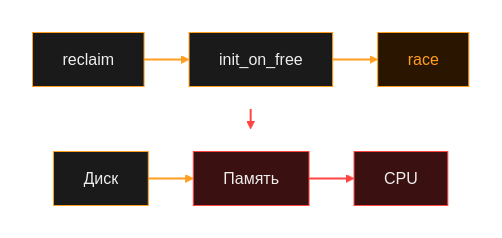
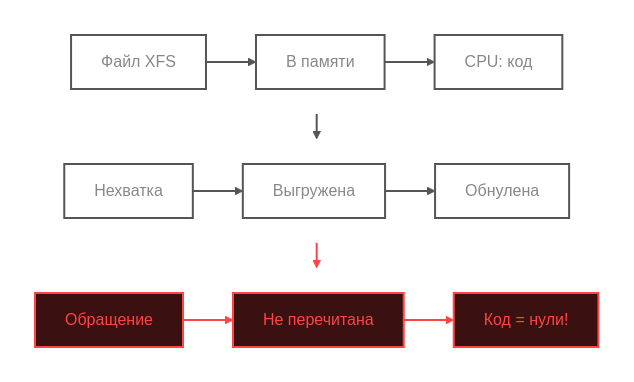
One commit to polarnik/postgresql-system-issue-story changed the diagram in docs/diagrams/mmap-4.mmd. Above: the diagram before and after it, drawn with Mermaid. The commit also changed 36 other files, not shown here.

```diff
--- a/docs/diagrams/mmap-4.mmd
+++ b/docs/diagrams/mmap-4.mmd
@@ -1,28 +1,49 @@
-%%{init: {'theme': 'base', 'themeVariables': { 'darkMode': true, 'background': '#000000', 'primaryColor': '#ff9e1f', 'primaryTextColor': '#fff', 'primaryBorderColor': '#cc7e19', 'secondaryColor': '#111111', 'secondaryTextColor': '#fff', 'tertiaryColor': '#111111', 'lineColor': '#ff9e1f', 'textColor': '#fff', 'mainBkg': '#111111', 'fontFamily': 'verdana'}, 'flowchart': { 'nodeSpacing': 25, 'rankSpacing': 20 }}}%%
+%%{init: {'theme': 'base', 'themeVariables': { 'darkMode': true, 'background': '#000000', 'primaryColor': '#ff9e1f', 'primaryTextColor': '#fff', 'primaryBorderColor': '#cc7e19', 'secondaryColor': '#111111', 'secondaryTextColor': '#fff', 'tertiaryColor': '#111111', 'lineColor': '#ff9e1f', 'textColor': '#fff', 'mainBkg': '#111111', 'fontFamily': 'verdana'}, 'flowchart': { 'nodeSpacing': 30, 'rankSpacing': 25 }}}%%
 
 flowchart TB
-    classDef done fill:#1a1a1a,stroke:#ff9e1f,color:#eee
-    classDef active fill:#2a1500,stroke:#ff9e1f,color:#ff9e1f
-    classDef pending fill:#111111,stroke:#444,color:#666
-    classDef error fill:#3a1010,stroke:#ff4444,color:#eee
+    classDef done fill:transparent,stroke:#555,color:#888,stroke-width:2px
+    classDef active fill:#2a1500,stroke:#ff9e1f,color:#ff9e1f,stroke-width:2px
+    classDef pending fill:#111,stroke:#333,color:#444,stroke-width:2px
+    classDef error fill:#3a1010,stroke:#ff4444,color:#ff4444,stroke-width:2px
+    classDef success fill:#103a10,stroke:#44ff88,color:#44ff88,stroke-width:2px
 
     subgraph S1 [" "]
         direction LR
-        D["Диск"]:::done --> M["Память"]:::error --> CPU["CPU"]:::error
+        A["Файл XFS"] --> B["В памяти"] --> C["CPU: код"]
     end
 
     subgraph S2 [" "]
         direction LR
-        R["reclaim"]:::done --> I["init_on_free"]:::done --> BUG["race"]:::active
+        D["Нехватка"] --> E["Выгружена"] --> F["Обнулена"]
     end
 
-    S2 --> M
+    subgraph S3 [" "]
+        direction LR
+        G["Обращение"] --> H["Не перечитана"] --> I["Код = нули!"]
+    end
 
-    linkStyle 0 stroke:#ff9e1f,stroke-width:2px
-    linkStyle 1 stroke:#ff4444,stroke-width:2px
-    linkStyle 2 stroke:#ff9e1f,stroke-width:2px
-    linkStyle 3 stroke:#ff9e1f,stroke-width:2px
-    linkStyle 4 stroke:#ff4444,stroke-width:2px
+    S1 --> S2
+    S2 --> S3
 
     style S1 fill:transparent,stroke:transparent
     style S2 fill:transparent,stroke:transparent
+    style S3 fill:transparent,stroke:transparent
+
+    A:::done
+    B:::done
+    C:::done
+    D:::done
+    E:::done
+    F:::done
+    G:::error
+    H:::error
+    I:::error
+
+    linkStyle 0 stroke:#555,stroke-width:2px
+    linkStyle 1 stroke:#555,stroke-width:2px
+    linkStyle 2 stroke:#555,stroke-width:2px
+    linkStyle 3 stroke:#555,stroke-width:2px
+    linkStyle 4 stroke:#ff4444,stroke-width:2px
+    linkStyle 5 stroke:#ff4444,stroke-width:2px
+    linkStyle 6 stroke:#555,stroke-width:2px
+    linkStyle 7 stroke:#ff4444,stroke-width:2px
```
